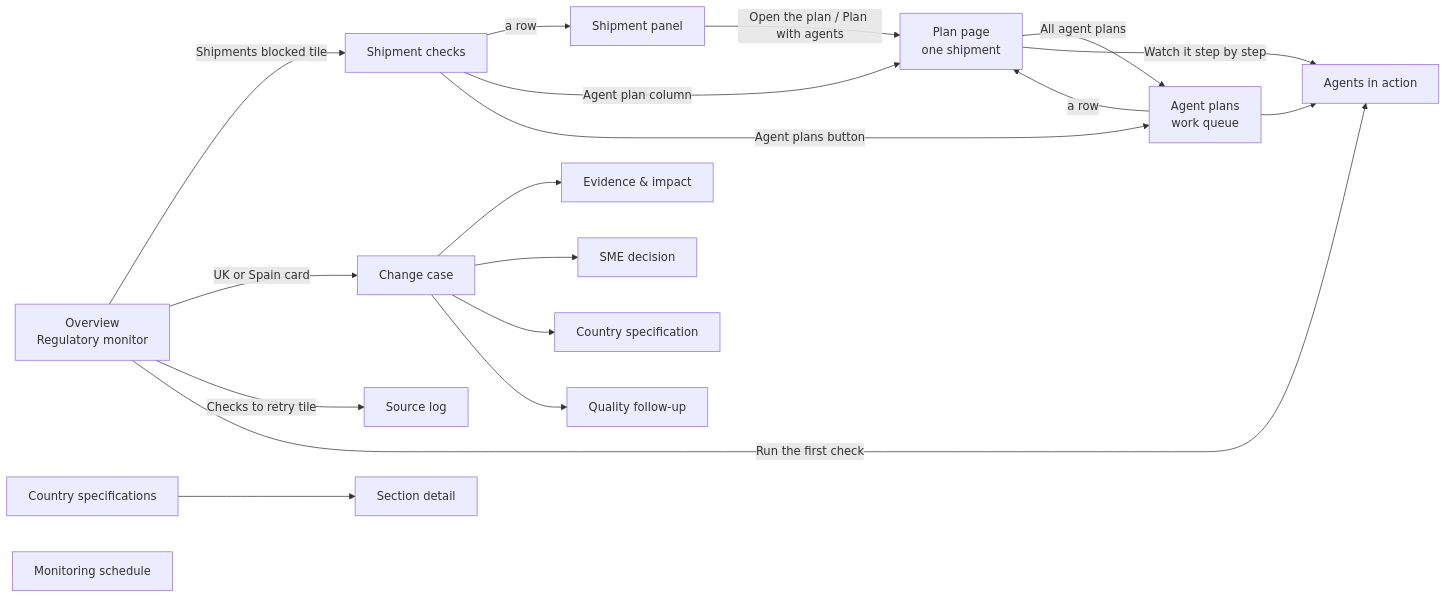
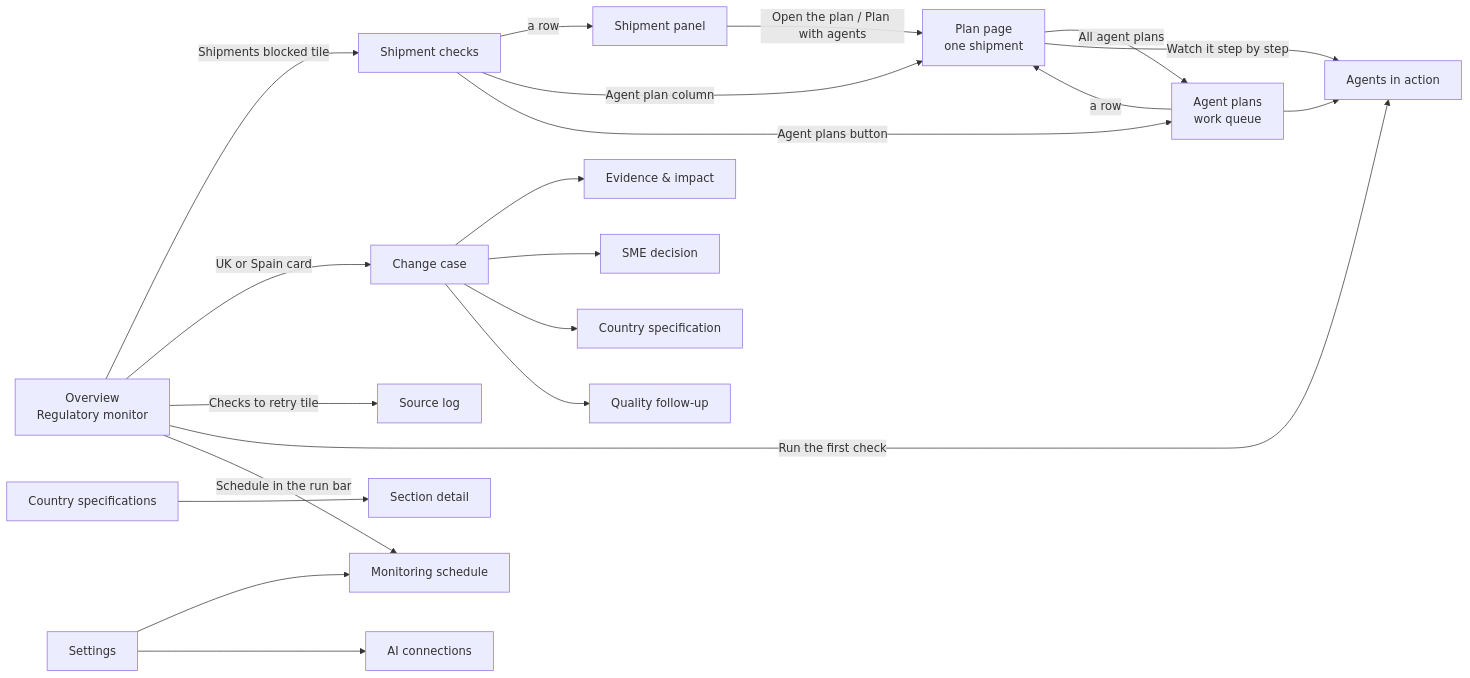
One commit to Gpanaritis/ClinRadar changed the first of 5 diagrams in RegChain-AI-User-Journeys.md. Above: the diagram before and after it, drawn with Mermaid. The commit also changed other lines of this file and 10 other files, not shown here.

First line of the commit message:
Add Settings (monitoring schedule, AI connections) and keep the agent board still

````diff
--- a/RegChain-AI-User-Journeys.md
+++ b/RegChain-AI-User-Journeys.md
@@ -20,21 +20,23 @@
 ```mermaid
 flowchart LR
   OV[Overview<br/>Regulatory monitor] -->|Shipments blocked tile| SC[Shipment checks]
   OV -->|UK or Spain card| CASE[Change case]
   OV -->|Checks to retry tile| SL[Source log]
   SC -->|a row| PANEL[Shipment panel]
   SC -->|Agent plan column| PLAN[Plan page<br/>one shipment]
   SC -->|Agent plans button| AP[Agent plans<br/>work queue]
   PANEL -->|Open the plan / Plan with agents| PLAN
   AP -->|a row| PLAN
   PLAN -->|All agent plans| AP
   OV -->|Run the first check| TEAM[Agents in action]
   PLAN -->|Watch it step by step| TEAM
   AP --> TEAM
   CASE --> T1[Evidence & impact]
   CASE --> T2[SME decision]
   CASE --> T3[Country specification]
   CASE --> T4[Quality follow-up]
   CS[Country specifications] --> SEC[Section detail]
-  MS[Monitoring schedule]
+  SET[Settings] --> MS[Monitoring schedule]
+  SET --> AIC[AI connections]
+  OV -->|Schedule in the run bar| MS
 ```
````
